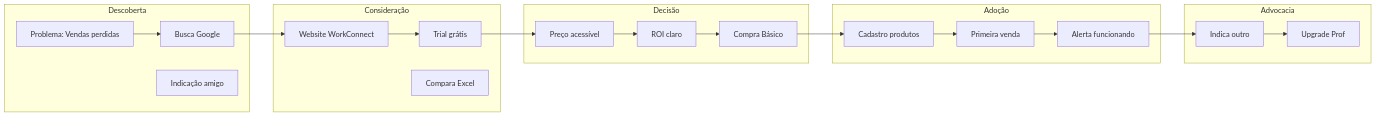
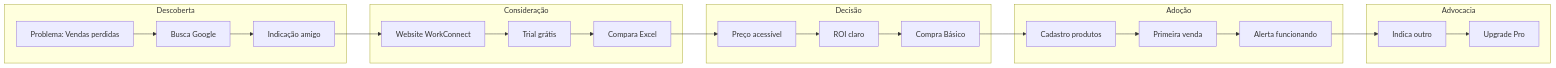
Before and after one commit to matheusmendes720/workconnect-tcc: the fourth of 11 diagrams in documentation/docs/estrategia/personas.mdx, drawn with Mermaid. The commit also changed other lines of this file and 16 other files, not shown here.

````diff
--- a/documentation/docs/estrategia/personas.mdx
+++ b/documentation/docs/estrategia/personas.mdx
@@ -82,37 +116,31 @@
 ```mermaid
 flowchart LR
     subgraph AWARENESS["Descoberta"]
-        A1[Problema: Vendas perdidas]
-        A2[Busca Google]
-        A3[Indicação amigo]
+        A1[Problema: Vendas perdidas] --> A2[Busca Google]
+        A2 --> A3[Indicação amigo]
     end
-    
+
     subgraph CONSIDERATION["Consideração"]
-        C1[Website WorkConnect]
-        C2[Trial grátis]
-        C3[Compara Excel]
+        C1[Website WorkConnect] --> C2[Trial grátis]
+        C2 --> C3[Compara Excel]
     end
-    
+
     subgraph DECISION["Decisão"]
-        D1[Preço acessível]
-        D2[ROI claro]
-        D3[Compra Básico]
+        D1[Preço acessível] --> D2[ROI claro]
+        D2 --> D3[Compra Básico]
     end
-    
+
     subgraph ONBOARDING["Adoção"]
-        O1[Cadastro produtos]
-        O2[Primeira venda]
-        O3[Alerta funcionando]
+        O1[Cadastro produtos] --> O2[Primeira venda]
+        O2 --> O3[Alerta funcionando]
     end
-    
+
     subgraph ADVOCACY["Advocacia"]
-        Adv1[Indica outro]
-        Adv2[Upgrade Prof]
+        Adv1[Indica outro] --> Adv2[Upgrade Pro]
     end
-    
-    A1 --> A2 --> C1
-    C1 --> C2 --> D1
-    D1 --> D2 --> D3
-    D3 --> O1 --> O2 --> O3
-    O3 --> Adv1 --> Adv2
+
+    A3 --> C1
+    C3 --> D1
+    D3 --> O1
+    O3 --> Adv1
 ```
````
